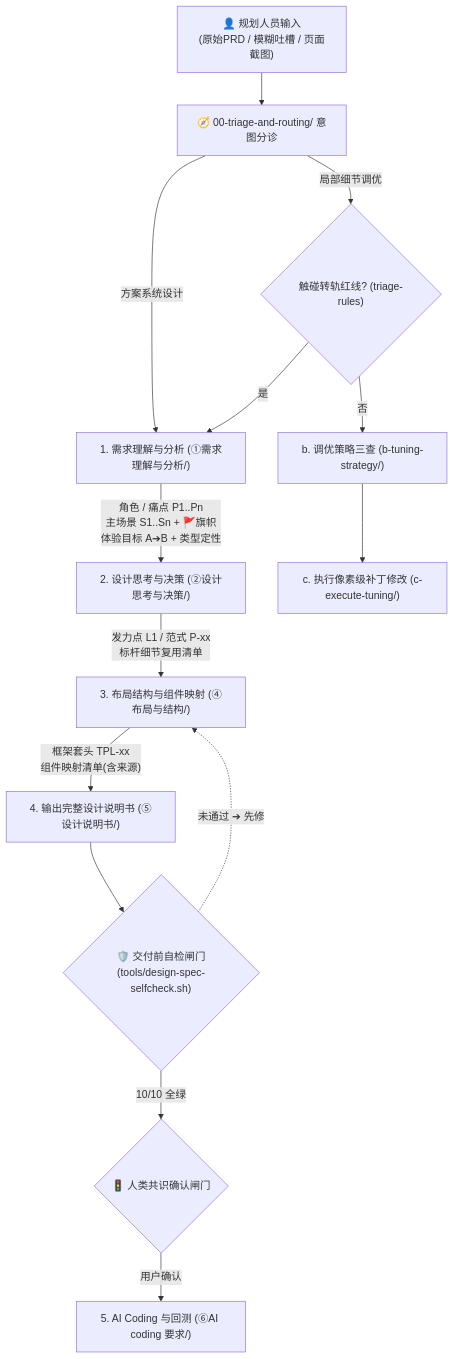
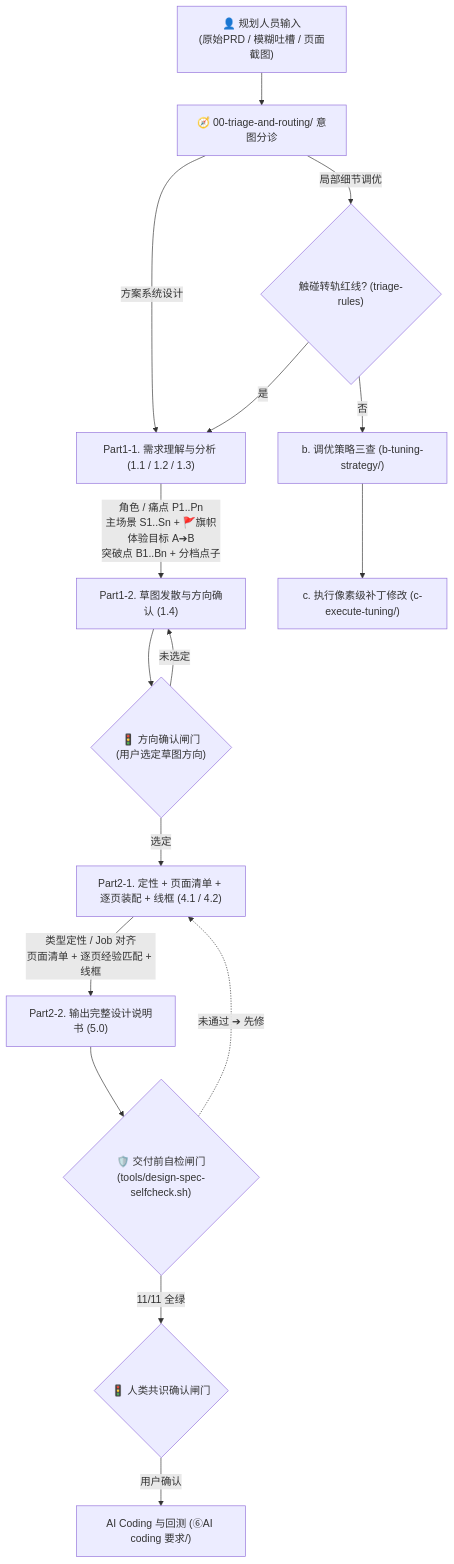
Before and after one commit to wangjue2026/skill-designer-prism: the first of 3 diagrams in 04-workflows-and-cases/execution-sop.md, drawn with Mermaid. The commit also changed other lines of this file and 37 other files, not shown here.

First line of the commit message:
docs(design-flow): 收敛 1.1/1.2 指南，新增 1.3/1.4 并同步说明书模板与样例

````diff
--- a/04-workflows-and-cases/execution-sop.md
+++ b/04-workflows-and-cases/execution-sop.md
@@ -11,18 +11,20 @@
 ```mermaid
 graph TD
     Start["👤 规划人员输入<br>(原始PRD / 模糊吐槽 / 页面截图)"] --> Triage["🧭 00-triage-and-routing/ 意图分诊"]
 
-    Triage -->|"方案系统设计"| S1["1. 需求理解与分析 (①需求理解与分析/)"]
-    S1 -->|"角色 / 痛点 P1..Pn<br>主场景 S1..Sn + 🚩旗帜<br>体验目标 A➔B + 类型定性"| S2["2. 设计思考与决策 (②设计思考与决策/)"]
-    S2 -->|"发力点 L1 / 范式 P-xx<br>标杆细节复用清单"| S3["3. 布局结构与组件映射 (④布局与结构/)"]
-    S3 -->|"框架套头 TPL-xx<br>组件映射清单(含来源)"| S4["4. 输出完整设计说明书 (⑤设计说明书/)"]
+    Triage -->|"方案系统设计"| S1["Part1-1. 需求理解与分析 (1.1 / 1.2 / 1.3)"]
+    S1 -->|"角色 / 痛点 P1..Pn<br>主场景 S1..Sn + 🚩旗帜<br>体验目标 A➔B<br>突破点 B1..Bn + 分档点子"| S15["Part1-2. 草图发散与方向确认 (1.4)"]
+    S15 --> Gate1{"🚦 方向确认闸门<br>(用户选定草图方向)"}
+    Gate1 -->|"未选定"| S15
+    Gate1 -->|"选定"| S3["Part2-1. 定性 + 页面清单 + 逐页装配 + 线框 (4.1 / 4.2)"]
+    S3 -->|"类型定性 / Job 对齐<br>页面清单 + 逐页经验匹配 + 线框"| S4["Part2-2. 输出完整设计说明书 (5.0)"]
     S4 --> Check{"🛡️ 交付前自检闸门<br>(tools/design-spec-selfcheck.sh)"}
-    Check -->|"10/10 全绿"| Gate{"🚦 人类共识确认闸门"}
+    Check -->|"11/11 全绿"| Gate{"🚦 人类共识确认闸门"}
     Check -.->|"未通过 ➔ 先修"| S3
-    Gate -->|"用户确认"| S5["5. AI Coding 与回测 (⑥AI coding 要求/)"]
+    Gate -->|"用户确认"| S5["AI Coding 与回测 (⑥AI coding 要求/)"]
 
     Triage -->|"局部细节调优"| Redline{"触碰转轨红线? (triage-rules)"}
     Redline -->|"是"| S1
     Redline -->|"否"| M2["b. 调优策略三查 (b-tuning-strategy/)"]
     M2 --> M3["c. 执行像素级补丁修改 (c-execute-tuning/)"]
 ```
````
